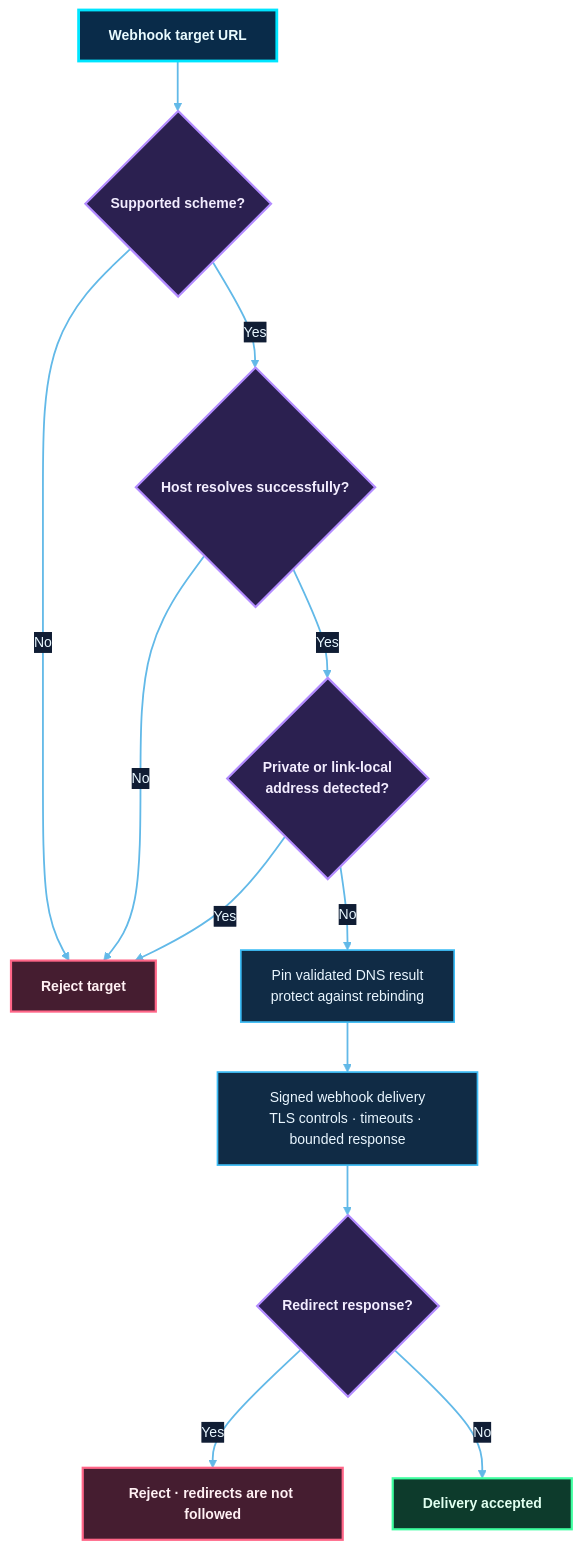
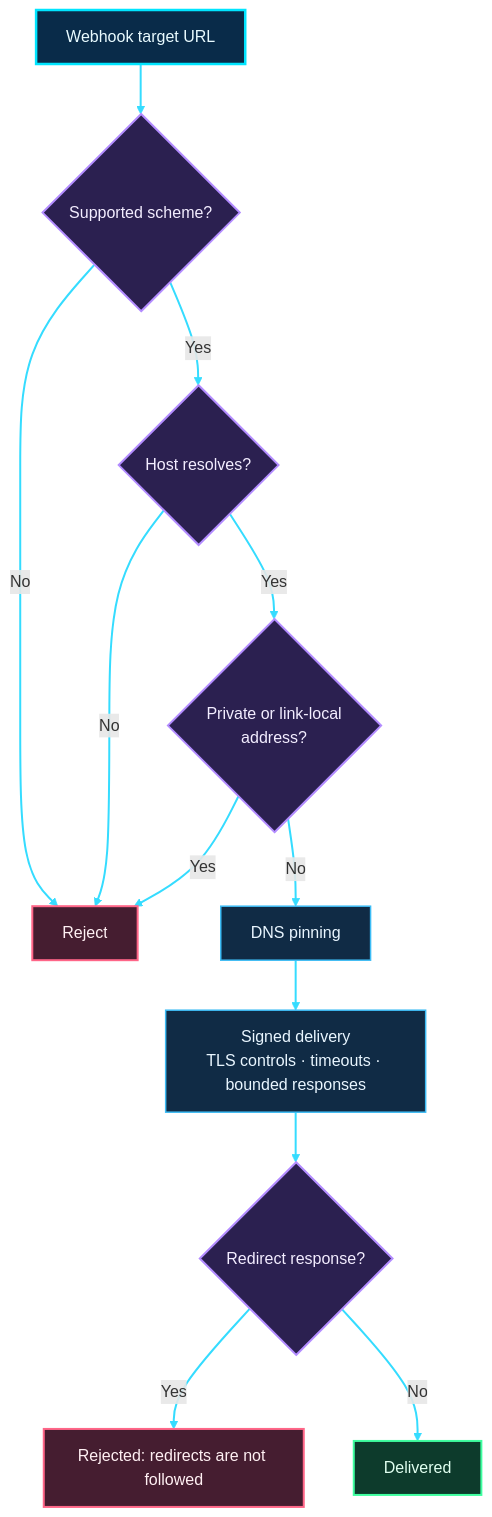
Diagram 20 of 23 in README.md (shajeduzzamanenan992008inc/NexOra-Database-key-Gen), drawn with Mermaid before and after one commit. The commit also changed other lines of this file, not shown here.

````diff
--- a/README.md
+++ b/README.md
@@ -1645,33 +1546,32 @@
 ```mermaid
-%%{init: {"theme":"base","themeVariables":{"darkMode":true,"background":"#07111f","primaryColor":"#102744","primaryTextColor":"#e8f7ff","primaryBorderColor":"#00d9ff","lineColor":"#62b9e8","secondaryColor":"#261d45","secondaryTextColor":"#f3eaff","secondaryBorderColor":"#a78bfa","tertiaryColor":"#12332b","tertiaryTextColor":"#e0fff1","tertiaryBorderColor":"#41e6a2","fontFamily":"Inter, Segoe UI, sans-serif","fontSize":"14px","edgeLabelBackground":"#101d34","mainBkg":"#102744","nodeBorder":"#00d9ff","clusterBkg":"#0b1930","clusterBorder":"#6f7dff","actorBkg":"#102744","actorBorder":"#00d9ff","actorTextColor":"#e8f7ff","signalColor":"#64d8ff","signalTextColor":"#e8f7ff","noteBkgColor":"#0e332b","noteBorderColor":"#41e6a2","noteTextColor":"#e0fff1"}}}%%
-flowchart TB
-    URL["Webhook target URL"] --> SCHEME{"Supported scheme?"}
-    SCHEME -->|No| REJECT["Reject target"]
-    SCHEME -->|Yes| RESOLVE{"Host resolves successfully?"}
-    RESOLVE -->|No| REJECT
-    RESOLVE -->|Yes| ADDRESS{"Private or link-local<br/>address detected?"}
-    ADDRESS -->|Yes| REJECT
-    ADDRESS -->|No| PIN["Pin validated DNS result<br/>protect against rebinding"]
-    PIN --> SEND["Signed webhook delivery<br/>TLS controls · timeouts · bounded response"]
-    SEND --> REDIRECT{"Redirect response?"}
-    REDIRECT -->|Yes| REDIRECT_REJECT["Reject · redirects are not followed"]
-    REDIRECT -->|No| DELIVERED["Delivery accepted"]
+flowchart TD
+    W1["Webhook target URL"] --> W2{"Supported scheme?"}
+    W2 -->|No| X["Reject"]
+    W2 -->|Yes| W3{"Host resolves?"}
+    W3 -->|No| X
+    W3 -->|Yes| W4{"Private or link-local<br/>address?"}
+    W4 -->|Yes| X
+    W4 -->|No| W5["DNS pinning"]
+    W5 --> W6["Signed delivery<br/>TLS controls · timeouts · bounded responses"]
+    W6 --> W7{"Redirect response?"}
+    W7 -->|Yes| X2["Rejected: redirects are not followed"]
+    W7 -->|No| W8["Delivered"]
 
-
-    %% OMEGA NEX-ORA · ULTRA NEON DESIGN SYSTEM
-    classDef nxCore fill:#092b49,stroke:#00e5ff,stroke-width:2.8px,color:#e9fbff,font-weight:bold;
-    classDef nxProcess fill:#102b45,stroke:#3dbcf5,stroke-width:1.7px,color:#e9f6ff;
-    classDef nxDecision fill:#2b2050,stroke:#b38cff,stroke-width:2.2px,color:#f3edff,font-weight:bold;
-    classDef nxSuccess fill:#0d3b2c,stroke:#3fffa0,stroke-width:2.2px,color:#e0fff0,font-weight:bold;
-    classDef nxDanger fill:#451d30,stroke:#ff6688,stroke-width:2.2px,color:#fff0f3,font-weight:bold;
+    %% OMEGA NEX-ORA visual classes
+    %% OMEGA NEX-ORA / ULTRA NEON PALETTE
+    classDef nxCore fill:#092b49,stroke:#00e5ff,stroke-width:2.5px,color:#e9fbff;
+    classDef nxProcess fill:#102b45,stroke:#3dbcf5,stroke-width:1.5px,color:#e9f6ff;
+    classDef nxDecision fill:#2b2050,stroke:#b38cff,stroke-width:2px,color:#f3edff;
+    classDef nxSuccess fill:#0d3b2c,stroke:#3fffa0,stroke-width:2px,color:#e0fff0;
+    classDef nxDanger fill:#451d30,stroke:#ff6688,stroke-width:2px,color:#fff0f3;
     classDef nxData fill:#12352d,stroke:#63e6be,stroke-width:2px,color:#e1fff5;
     classDef nxExternal fill:#2b2149,stroke:#c4a5ff,stroke-width:2px,color:#f3ecff;
     classDef nxInfo fill:#17253e,stroke:#91a7c9,stroke-width:1.5px,color:#e5efff;
     classDef nxWarning fill:#453116,stroke:#fbbf24,stroke-width:2px,color:#fff6d6;
-    linkStyle default stroke:#62b9e8,stroke-width:1.8px;
-    class URL nxCore;
-    class SCHEME,RESOLVE,ADDRESS,REDIRECT nxDecision;
-    class REJECT,REDIRECT_REJECT nxDanger;
-    class PIN,SEND nxProcess;
-    class DELIVERED nxSuccess;
+    class W1 nxCore;
+    class W2,W3,W4,W7 nxDecision;
+    class X,X2 nxDanger;
+    class W5,W6 nxProcess;
+    class W8 nxSuccess;
+    linkStyle default stroke:#35dcff,stroke-width:2px;
 ```
````
